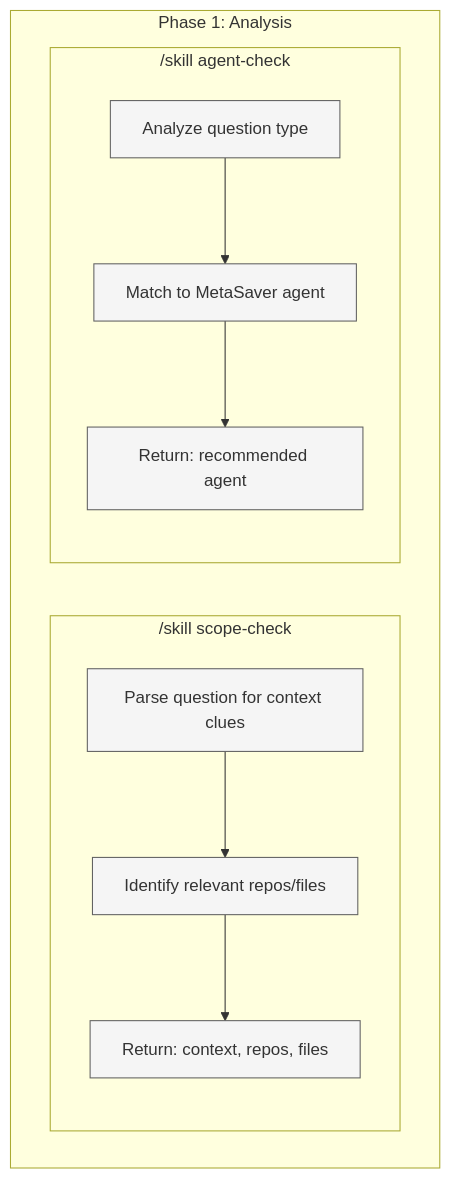
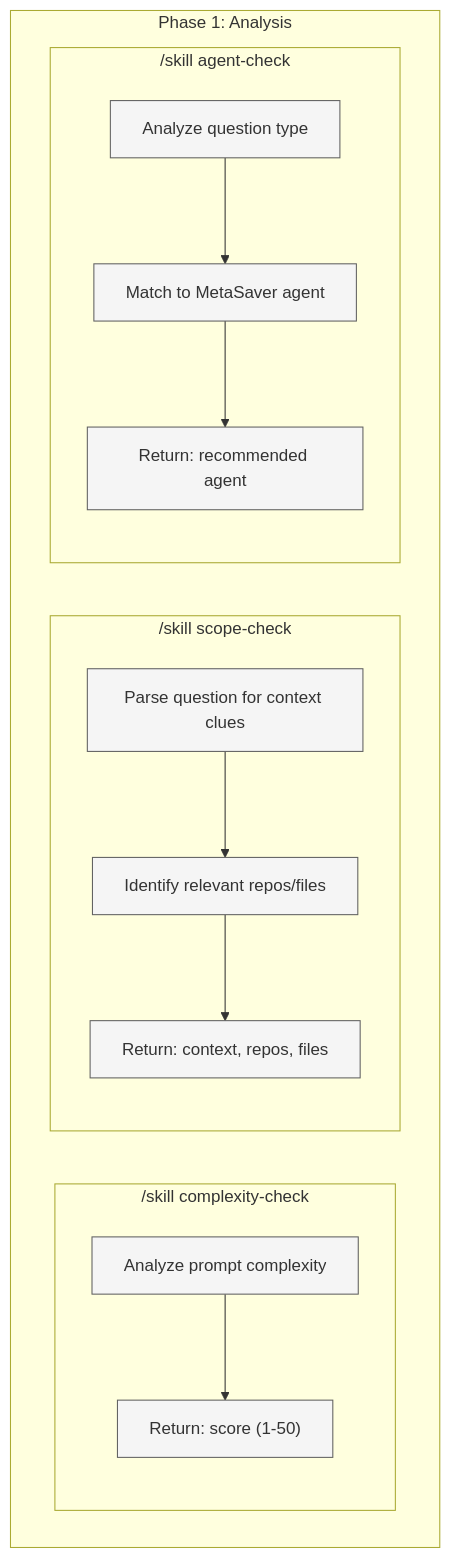
Before and after one commit to metasaver/metasaver-marketplace: the second of 5 diagrams in docs/qq-command-target-state.md, drawn with Mermaid. The commit also changed other lines of this file and 26 other files, not shown here.

````diff
--- a/docs/qq-command-target-state.md
+++ b/docs/qq-command-target-state.md
@@ -60,21 +80,27 @@
 ```mermaid
 flowchart TB
     classDef skill fill:#fff8e1,stroke:#f57f17,stroke-width:2px
     classDef step fill:#f5f5f5,stroke:#616161,stroke-width:1px
 
     subgraph P1["Phase 1: Analysis"]
+        subgraph CC["/skill complexity-check"]
+            CC1["Analyze prompt complexity"]:::step
+            CC2["Return: score (1-50)"]:::step
+            CC1 --> CC2
+        end
+
         subgraph SC["/skill scope-check"]
             SC1["Parse question for context clues"]:::step
             SC2["Identify relevant repos/files"]:::step
             SC3["Return: context, repos, files"]:::step
             SC1 --> SC2 --> SC3
         end
 
         subgraph AC["/skill agent-check"]
             AC1["Analyze question type"]:::step
             AC2["Match to MetaSaver agent"]:::step
             AC3["Return: recommended agent"]:::step
             AC1 --> AC2 --> AC3
         end
     end
 ```
````
